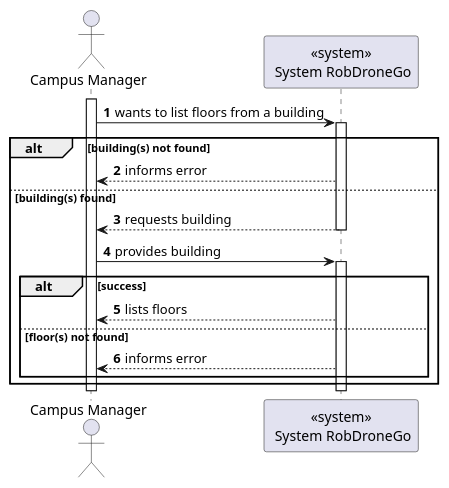
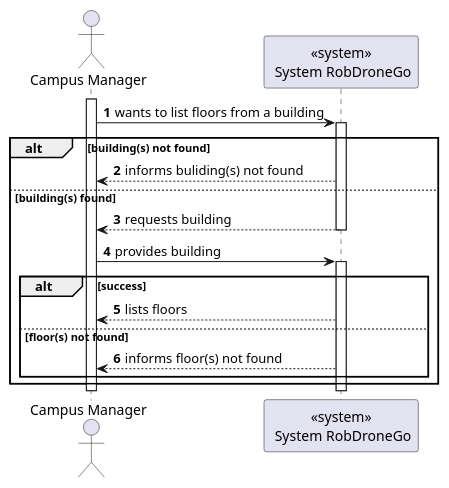
Before and after one commit to Departamento-de-Engenharia-Informatica/lapr5-23-24-g19: the diagram in docs/us1100/level1/process-view.puml, drawn with PlantUML. The commit also changed 3 other files, not shown here.

```diff
--- a/docs/us1100/level1/process-view.puml
+++ b/docs/us1100/level1/process-view.puml
@@ -1,28 +1,28 @@
 @startuml
 autonumber
 
 actor "Campus Manager" as usr
 
 participant "<<system>>\n System RobDroneGo" as sys
 
 activate usr
 usr -> sys : wants to list floors from a building
     activate sys
 alt building(s) not found
-        sys --> usr : informs error
+    sys --> usr : informs buliding(s) not found
 else building(s) found
         sys --> usr : requests building
     deactivate sys
 
     usr -> sys : provides building
     activate sys
     alt success
         sys --> usr : lists floors
     else floor(s) not found
-        sys --> usr : informs error
+        sys --> usr : informs floor(s) not found
     end
 end
     deactivate sys
 deactivate usr
 
 @enduml
```
